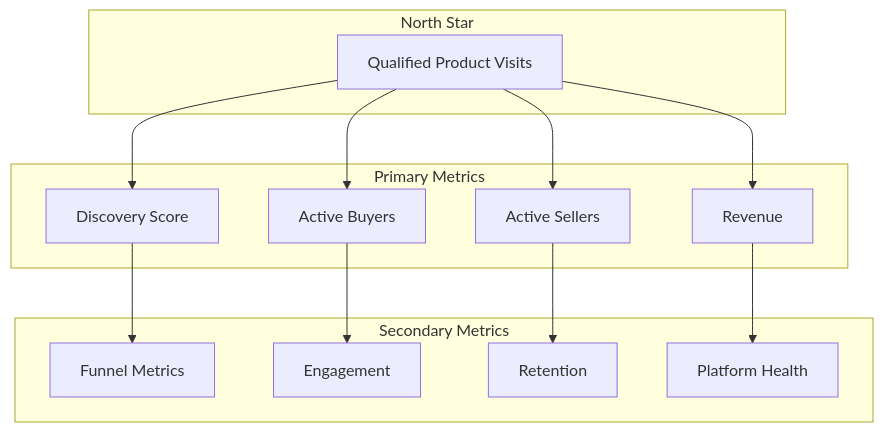
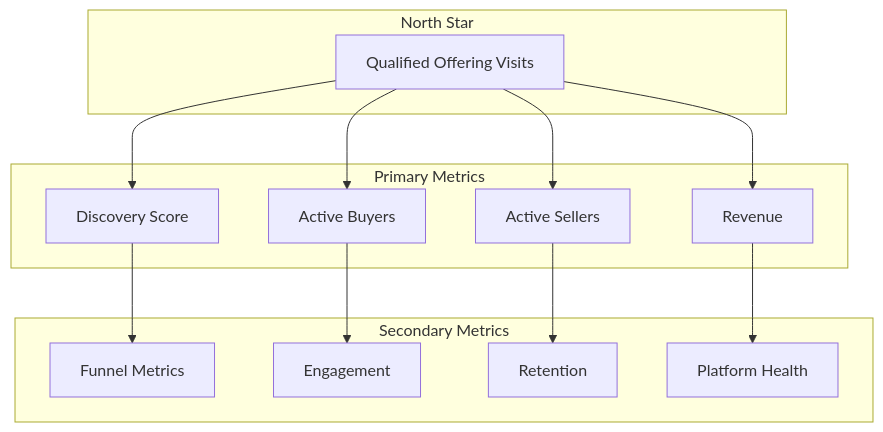
Before and after one commit to petkao/pinkcurve-blueprint: the diagram in docs/14-success-metrics.md, drawn with Mermaid. The commit also changed other lines of this file and 19 other files, not shown here.

````diff
--- a/docs/14-success-metrics.md
+++ b/docs/14-success-metrics.md
@@ -99,30 +113,30 @@
 ```mermaid
 flowchart TB
     subgraph North["North Star"]
-        QPV[Qualified Product Visits]
+        QOV[Qualified Offering Visits]
     end
 
     subgraph Primary["Primary Metrics"]
         Discovery[Discovery Score]
         Sellers[Active Sellers]
         Buyers[Active Buyers]
         Revenue[Revenue]
     end
 
     subgraph Secondary["Secondary Metrics"]
         Funnel[Funnel Metrics]
         Engagement[Engagement]
         Retention[Retention]
         Health[Platform Health]
     end
 
-    QPV --> Discovery
-    QPV --> Sellers
-    QPV --> Buyers
-    QPV --> Revenue
+    QOV --> Discovery
+    QOV --> Sellers
+    QOV --> Buyers
+    QOV --> Revenue
 
     Discovery --> Funnel
     Sellers --> Retention
     Buyers --> Engagement
     Revenue --> Health
 ```
````
